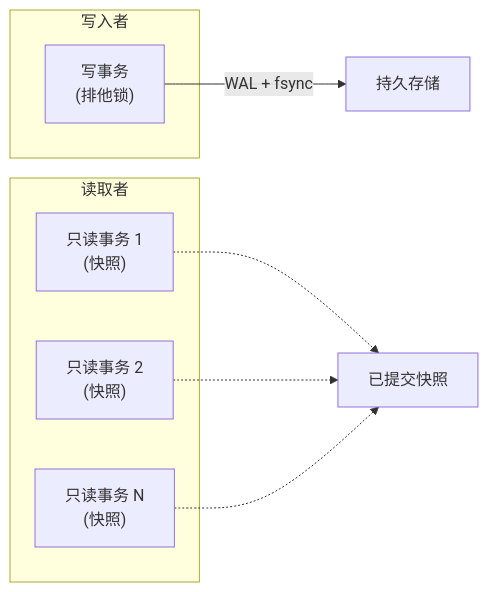
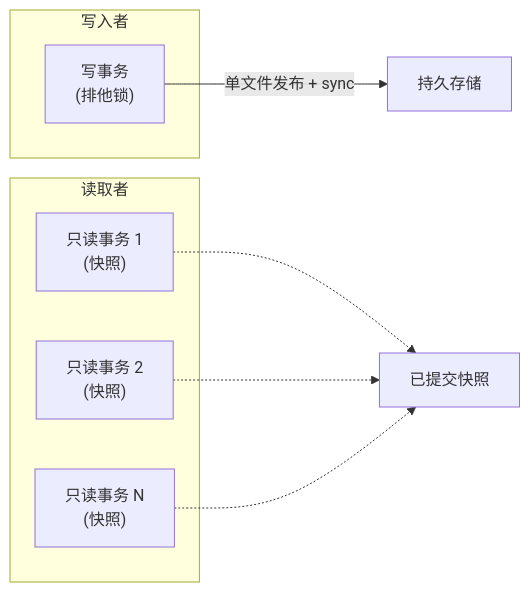
Before and after one commit to nexepic/zyx: the third of 4 diagrams in docs/apps/docs/content/docs/zh/zyx/user-guide/features.mdx, drawn with Mermaid. The commit also changed other lines of this file and 1349 other files, not shown here.

First line of the commit message:
Retire legacy storage and harden native graph persistence

````diff
--- a/docs/apps/docs/content/docs/zh/zyx/user-guide/features.mdx
+++ b/docs/apps/docs/content/docs/zh/zyx/user-guide/features.mdx
@@ -196,15 +196,15 @@
 ```mermaid
 flowchart LR
   subgraph Writers["写入者"]
     W["写事务\n(排他锁)"]
   end
   subgraph Readers["读取者"]
     R1["只读事务 1\n(快照)"]
     R2["只读事务 2\n(快照)"]
     R3["只读事务 N\n(快照)"]
   end
-  W --> |"WAL + fsync"| D["持久存储"]
+  W --> |"单文件发布 + sync"| D["持久存储"]
   R1 -.-> S["已提交快照"]
   R2 -.-> S
   R3 -.-> S
 ```
````
